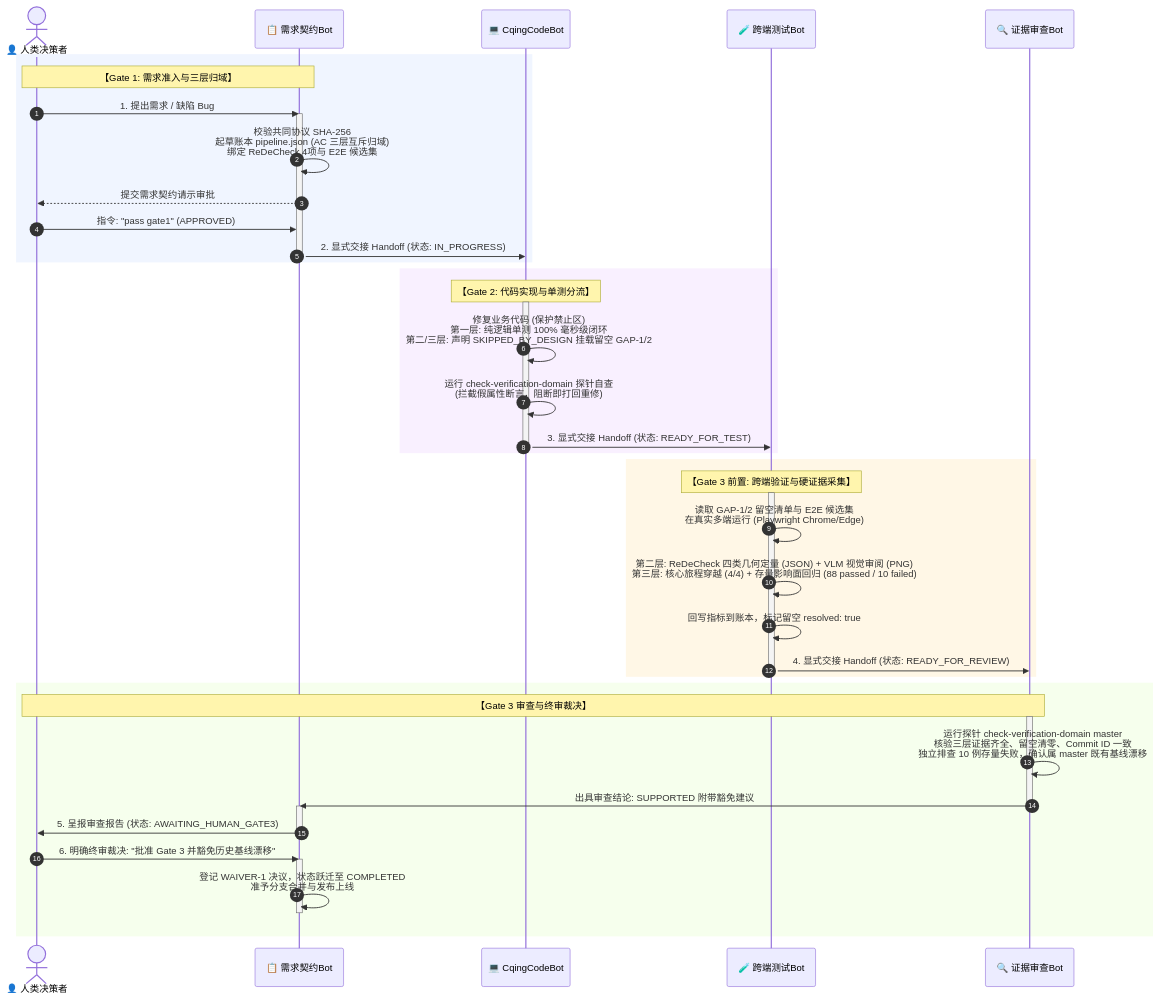
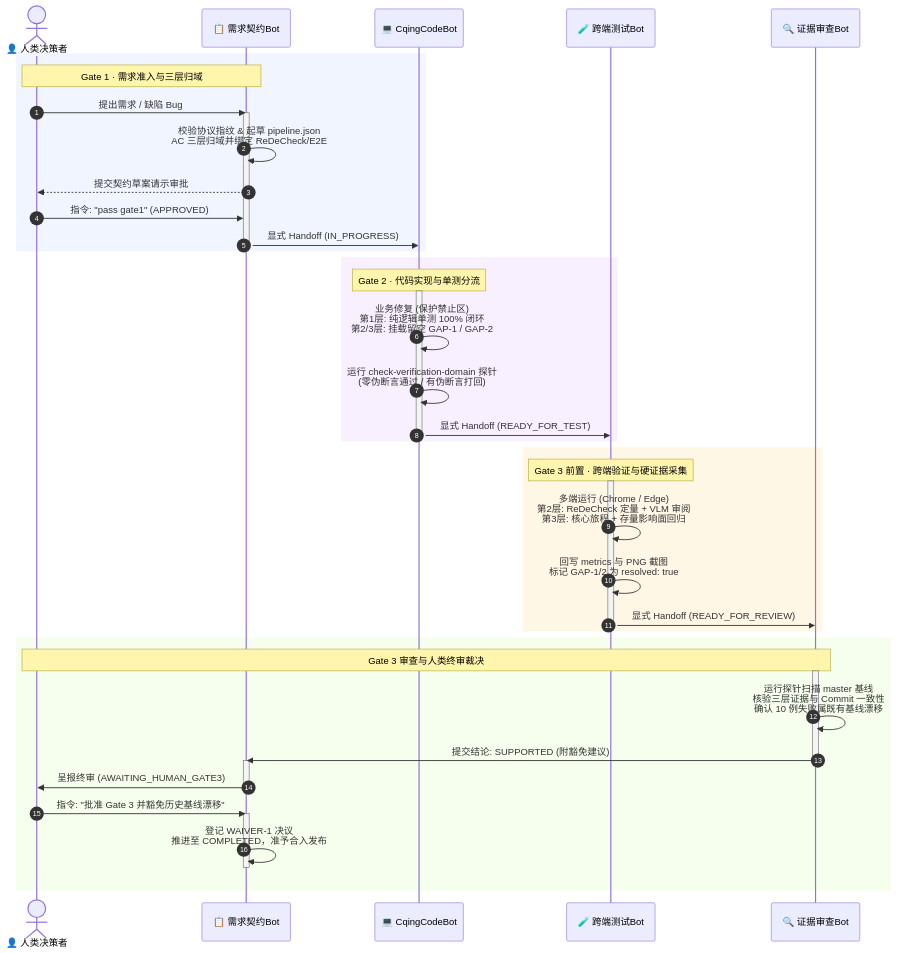
Before and after one commit to heycqing/orca-dev-squad: the fourth of 5 diagrams in _shared/研发测试小分队交付协议演进对比报告（v1.0至v1.4）.md, drawn with Mermaid. The commit also changed other lines of this file, not shown here.

Commit message:
docs: 重新排版演进对比报告，优化流程图结构、表格式明细与跨端相对链接

````diff
--- a/_shared/研发测试小分队交付协议演进对比报告（v1.0至v1.4）.md
+++ b/_shared/研发测试小分队交付协议演进对比报告（v1.0至v1.4）.md
@@ -222,58 +237,53 @@
 ```mermaid
 sequenceDiagram
     autonumber
     actor User as 👤 人类决策者
     participant ReqBot as 📋 需求契约Bot
     participant CodeBot as 💻 CqingCodeBot
     participant TestBot as 🧪 跨端测试Bot
     participant ReviewBot as 🔍 证据审查Bot
 
-    %% Gate 1
     rect rgb(240, 245, 255)
-    Note over User,ReqBot: 【Gate 1: 需求准入与三层归域】
-    User->>ReqBot: 1. 提出需求 / 缺陷 Bug
+    Note over User,ReqBot: Gate 1 · 需求准入与三层归域
+    User->>ReqBot: 提出需求 / 缺陷 Bug
     activate ReqBot
-    ReqBot->>ReqBot: 校验共同协议 SHA-256<br/>起草账本 pipeline.json (AC 三层互斥归域)<br/>绑定 ReDeCheck 4项与 E2E 候选集
-    ReqBot-->>User: 提交需求契约请示审批
+    ReqBot->>ReqBot: 校验协议指纹 & 起草 pipeline.json<br/>AC 三层归域并绑定 ReDeCheck/E2E
+    ReqBot-->>User: 提交契约草案请示审批
     User->>ReqBot: 指令: "pass gate1" (APPROVED)
-    ReqBot->>CodeBot: 2. 显式交接 Handoff (状态: IN_PROGRESS)
+    ReqBot->>CodeBot: 显式 Handoff (IN_PROGRESS)
     deactivate ReqBot
     end
 
-    %% Gate 2
     rect rgb(249, 240, 255)
-    Note over CodeBot: 【Gate 2: 代码实现与单测分流】
+    Note over CodeBot: Gate 2 · 代码实现与单测分流
     activate CodeBot
-    CodeBot->>CodeBot: 修复业务代码 (保护禁止区)<br/>第一层: 纯逻辑单测 100% 毫秒级闭环<br/>第二/三层: 声明 SKIPPED_BY_DESIGN 挂载留空 GAP-1/2
-    CodeBot->>CodeBot: 运行 check-verification-domain 探针自查<br/>(拦截假属性断言，阻断即打回重修)
-    CodeBot->>TestBot: 3. 显式交接 Handoff (状态: READY_FOR_TEST)
+    CodeBot->>CodeBot: 业务修复 (保护禁止区)<br/>第1层: 纯逻辑单测 100% 闭环<br/>第2/3层: 挂载留空 GAP-1 / GAP-2
+    CodeBot->>CodeBot: 运行 check-verification-domain 探针<br/>(零伪断言通过 / 有伪断言打回)
+    CodeBot->>TestBot: 显式 Handoff (READY_FOR_TEST)
     deactivate CodeBot
     end
 
-    %% Gate 3 前置
     rect rgb(255, 247, 230)
-    Note over TestBot: 【Gate 3 前置: 跨端验证与硬证据采集】
+    Note over TestBot: Gate 3 前置 · 跨端验证与硬证据采集
     activate TestBot
-    TestBot->>TestBot: 读取 GAP-1/2 留空清单与 E2E 候选集<br/>在真实多端运行 (Playwright Chrome/Edge)
-    TestBot->>TestBot: 第二层: ReDeCheck 四类几何定量 (JSON) + VLM 视觉审阅 (PNG)<br/>第三层: 核心旅程穿越 (4/4) + 存量影响面回归 (88 passed / 10 failed)
-    TestBot->>TestBot: 回写指标到账本，标记留空 resolved: true
-    TestBot->>ReviewBot: 4. 显式交接 Handoff (状态: READY_FOR_REVIEW)
+    TestBot->>TestBot: 多端运行 (Chrome / Edge)<br/>第2层: ReDeCheck 定量 + VLM 审阅<br/>第3层: 核心旅程 + 存量影响面回归
+    TestBot->>TestBot: 回写 metrics 与 PNG 截图<br/>标记 GAP-1/2 为 resolved: true
+    TestBot->>ReviewBot: 显式 Handoff (READY_FOR_REVIEW)
     deactivate TestBot
     end
 
-    %% Gate 3 审查与裁决
     rect rgb(246, 255, 237)
-    Note over ReviewBot,User: 【Gate 3 审查与终审裁决】
+    Note over ReviewBot,User: Gate 3 审查与人类终审裁决
     activate ReviewBot
-    ReviewBot->>ReviewBot: 运行探针 check-verification-domain master<br/>核验三层证据齐全、留空清零、Commit ID 一致<br/>独立排查 10 例存量失败，确认属 master 既有基线漂移
-    ReviewBot->>ReqBot: 出具审查结论: SUPPORTED 附带豁免建议
+    ReviewBot->>ReviewBot: 运行探针扫描 master 基线<br/>核验三层证据与 Commit 一致性<br/>确认 10 例失败属既有基线漂移
+    ReviewBot->>ReqBot: 提交结论: SUPPORTED (附豁免建议)
     deactivate ReviewBot
     activate ReqBot
-    ReqBot->>User: 5. 呈报审查报告 (状态: AWAITING_HUMAN_GATE3)
+    ReqBot->>User: 呈报终审 (AWAITING_HUMAN_GATE3)
     deactivate ReqBot
-    User->>ReqBot: 6. 明确终审裁决: "批准 Gate 3 并豁免历史基线漂移"
+    User->>ReqBot: 指令: "批准 Gate 3 并豁免历史基线漂移"
     activate ReqBot
-    ReqBot->>ReqBot: 登记 WAIVER-1 决议，状态跃迁至 COMPLETED<br/>准予分支合并与发布上线
+    ReqBot->>ReqBot: 登记 WAIVER-1 决议<br/>推进至 COMPLETED，准予合入发布
     deactivate ReqBot
     end
 ```
````
